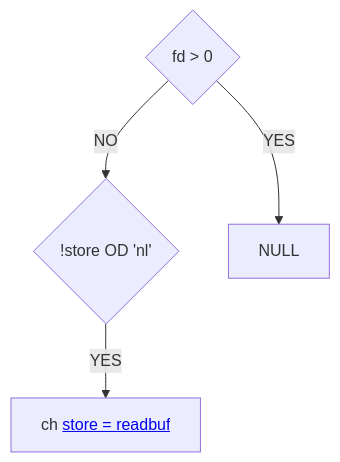
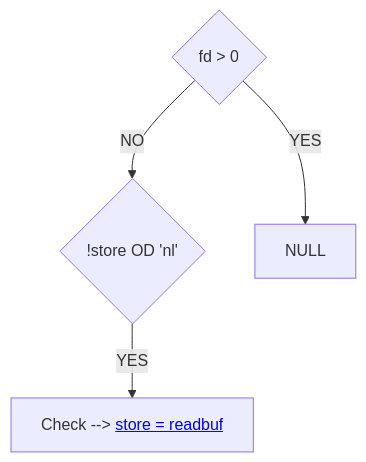
The diagram in doc/flow_chart.mmd (ELREKO/42-P1-get_next_line), drawn with Mermaid before and after one commit.

```diff
--- a/doc/flow_chart.mmd
+++ b/doc/flow_chart.mmd
@@ -1,5 +1,5 @@
 
 graph TD
     A{fd > 0} -->|NO| B{!store OD 'nl'}
     A --> |YES|C[NULL]
-    B --> |YES|D[ch <a href=https://github.com/ELREKO/get_next_line/blob/main/doc/readbuf.mmd> store = readbuf </a> ]
+    B --> |YES|D[Check --> <a href=https://github.com/ELREKO/get_next_line/blob/main/doc/readbuf.mmd> store = readbuf </a> ]
```
